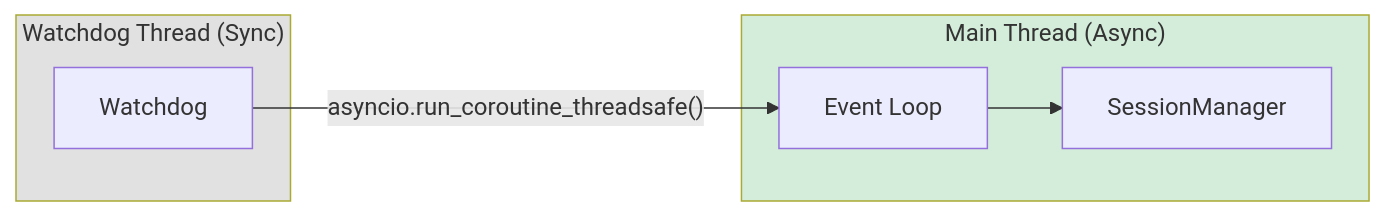
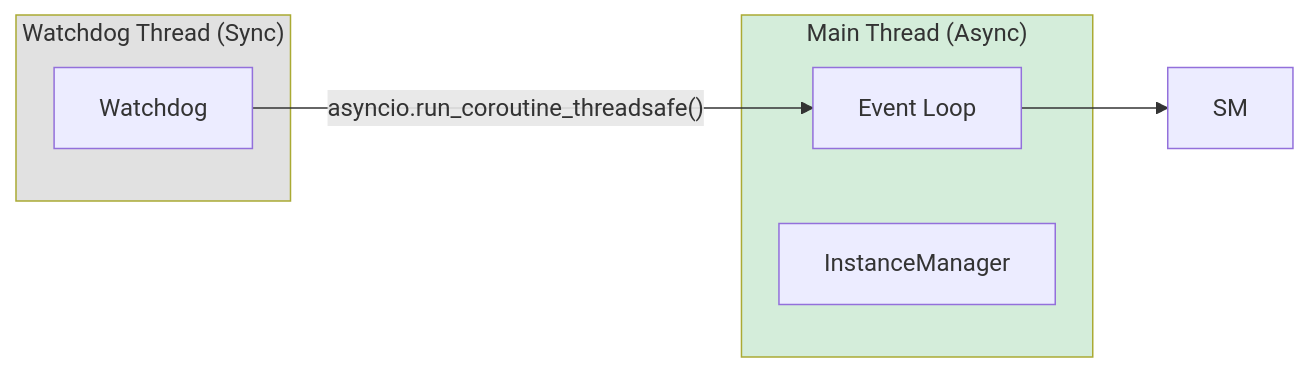
One commit to disillusioners/ensemble changed the third of 3 diagrams in docs/child-agent-error-reporting.md. Above: the diagram before and after it, drawn with Mermaid. The commit also changed other lines of this file and 19 other files, not shown here.

First line of the commit message:
refactor: rename session→instance in agent definitions and documentation (Phase 9)

````diff
--- a/docs/child-agent-error-reporting.md
+++ b/docs/child-agent-error-reporting.md
@@ -235,17 +235,17 @@
 ```mermaid
 flowchart LR
     subgraph MainThread["Main Thread (Async)"]
         EL[Event Loop]
-        SM[SessionManager]
+        IM[InstanceManager]
     end
     
     subgraph WatchdogThread["Watchdog Thread (Sync)"]
         WD[Watchdog]
     end
     
     WD -->|"asyncio.run_coroutine_threadsafe()"| EL
     EL --> SM
     
     style WatchdogThread fill:#e1e1e1
     style MainThread fill:#d4edda
 ```
````
